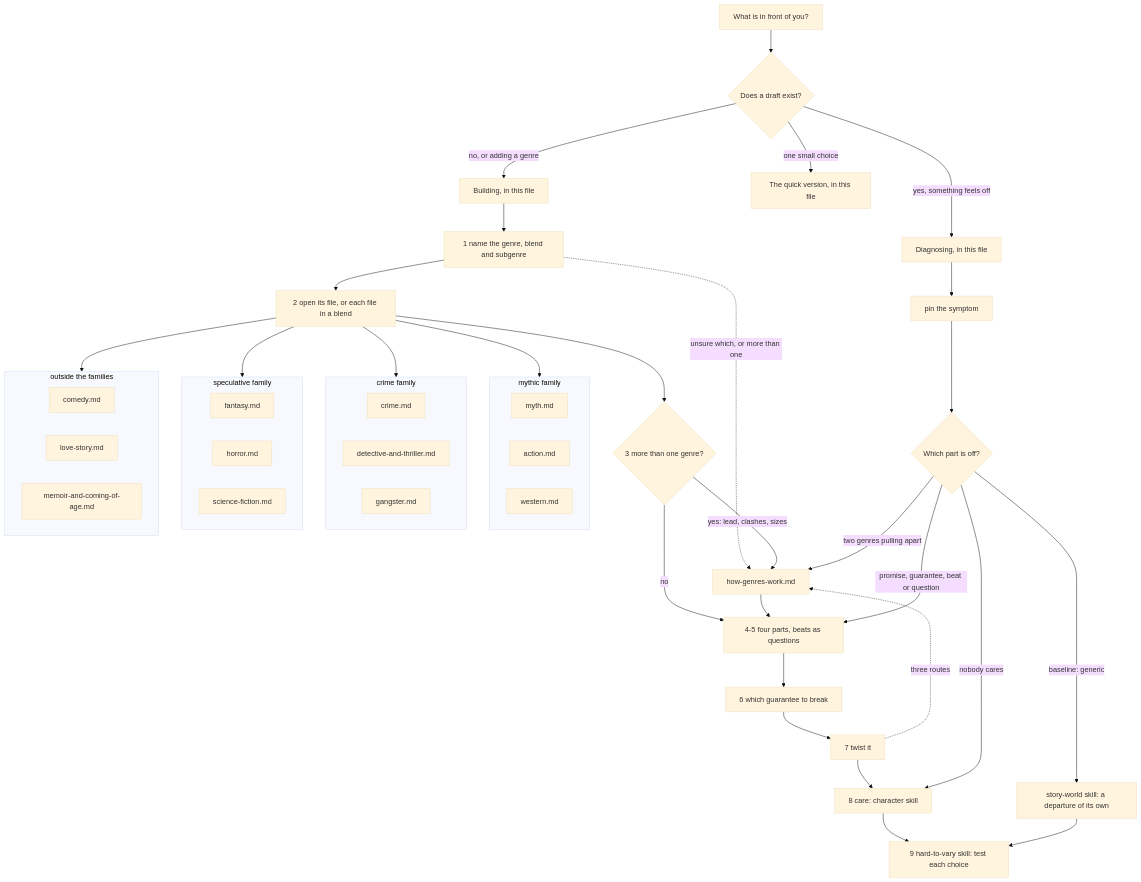
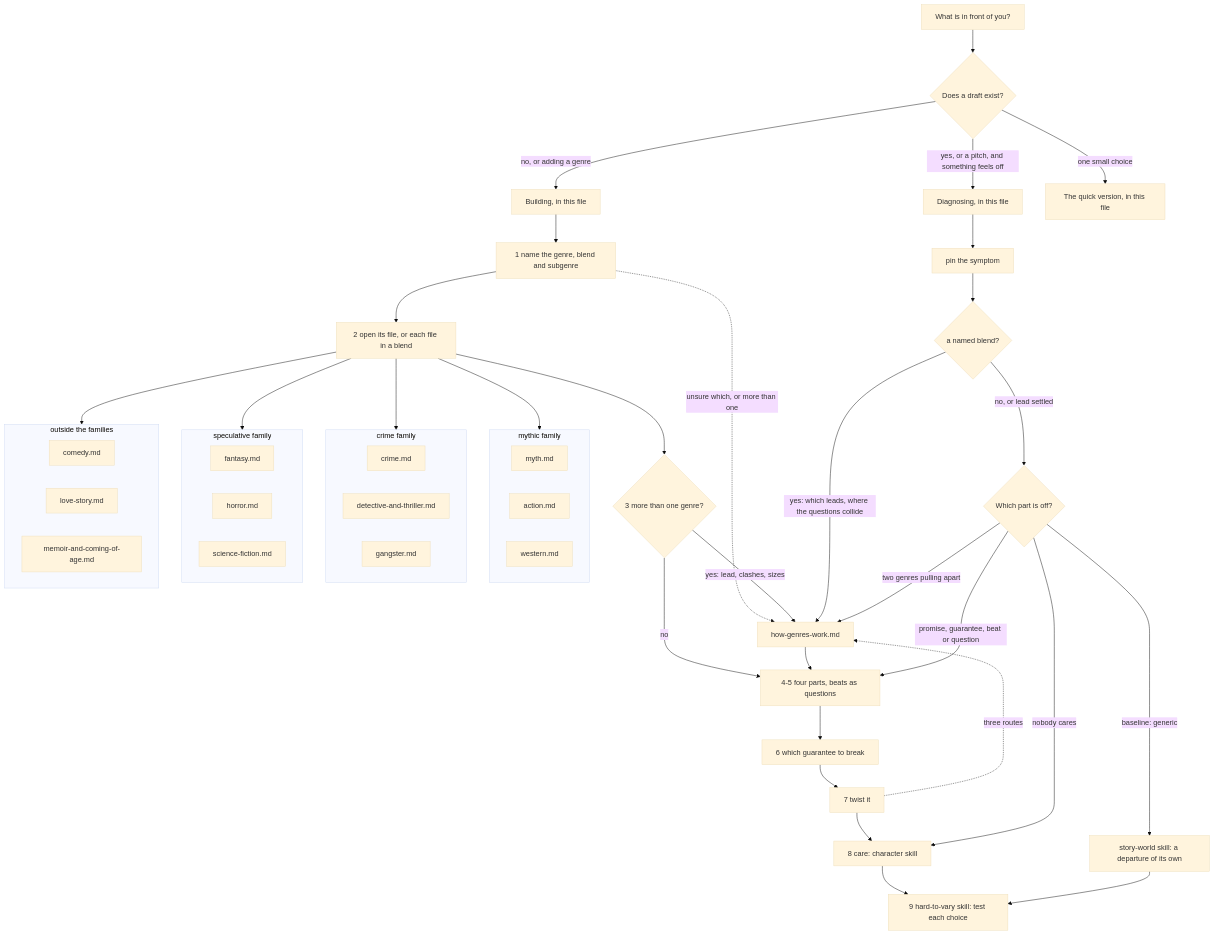
The diagram in .claude/skills/genre/SKILL.md (AHepi/StoryTest), drawn with Mermaid (base theme) before and after one commit. The commit also changed other lines of this file and 38 other files, not shown here.

````diff
--- a/.claude/skills/genre/SKILL.md
+++ b/.claude/skills/genre/SKILL.md
@@ -62,50 +62,52 @@
 ```mermaid
 flowchart TD
   S["What is in front of you?"] --> Q{"Does a draft exist?"}
   Q -->|no, or adding a genre| B["Building, in this file"]
-  Q -->|yes, something feels off| D["Diagnosing, in this file"]
+  Q -->|yes, or a pitch, and something feels off| D["Diagnosing, in this file"]
   Q -->|one small choice| K["The quick version, in this file"]
   B --> N["1 name the genre, blend and subgenre"]
   N -.->|unsure which, or more than one| HW["how-genres-work.md"]
   N --> F["2 open its file, or each file in a blend"]
   F --> FM
   F --> FC
   F --> FS
   F --> FO
   subgraph FM["mythic family"]
     MY["myth.md"]
     AC["action.md"]
     WE["western.md"]
   end
   subgraph FC["crime family"]
     CR["crime.md"]
     DT["detective-and-thriller.md"]
     GA["gangster.md"]
   end
   subgraph FS["speculative family"]
     FA["fantasy.md"]
     HO["horror.md"]
     SF["science-fiction.md"]
   end
   subgraph FO["outside the families"]
     CO["comedy.md"]
     LO["love-story.md"]
     ME["memoir-and-coming-of-age.md"]
   end
   F --> M{"3 more than one genre?"}
   M -->|yes: lead, clashes, sizes| HW
   M -->|no| R["4-5 four parts, beats as questions"]
   HW --> R
   R --> G["6 which guarantee to break"]
   G --> T["7 twist it"]
   T -.->|three routes| HW
   T --> C["8 care: character skill"]
   C --> H["9 hard-to-vary skill: test each choice"]
   D --> P["pin the symptom"]
-  P --> W{"Which part is off?"}
+  P --> L{"a named blend?"}
+  L -->|yes: which leads, where the questions collide| HW
+  L -->|no, or lead settled| W{"Which part is off?"}
   W -->|baseline: generic| SW["story-world skill: a departure of its own"]
   W -->|promise, guarantee, beat or question| R
   W -->|two genres pulling apart| HW
   W -->|nobody cares| C
   SW --> H
 ```
````
